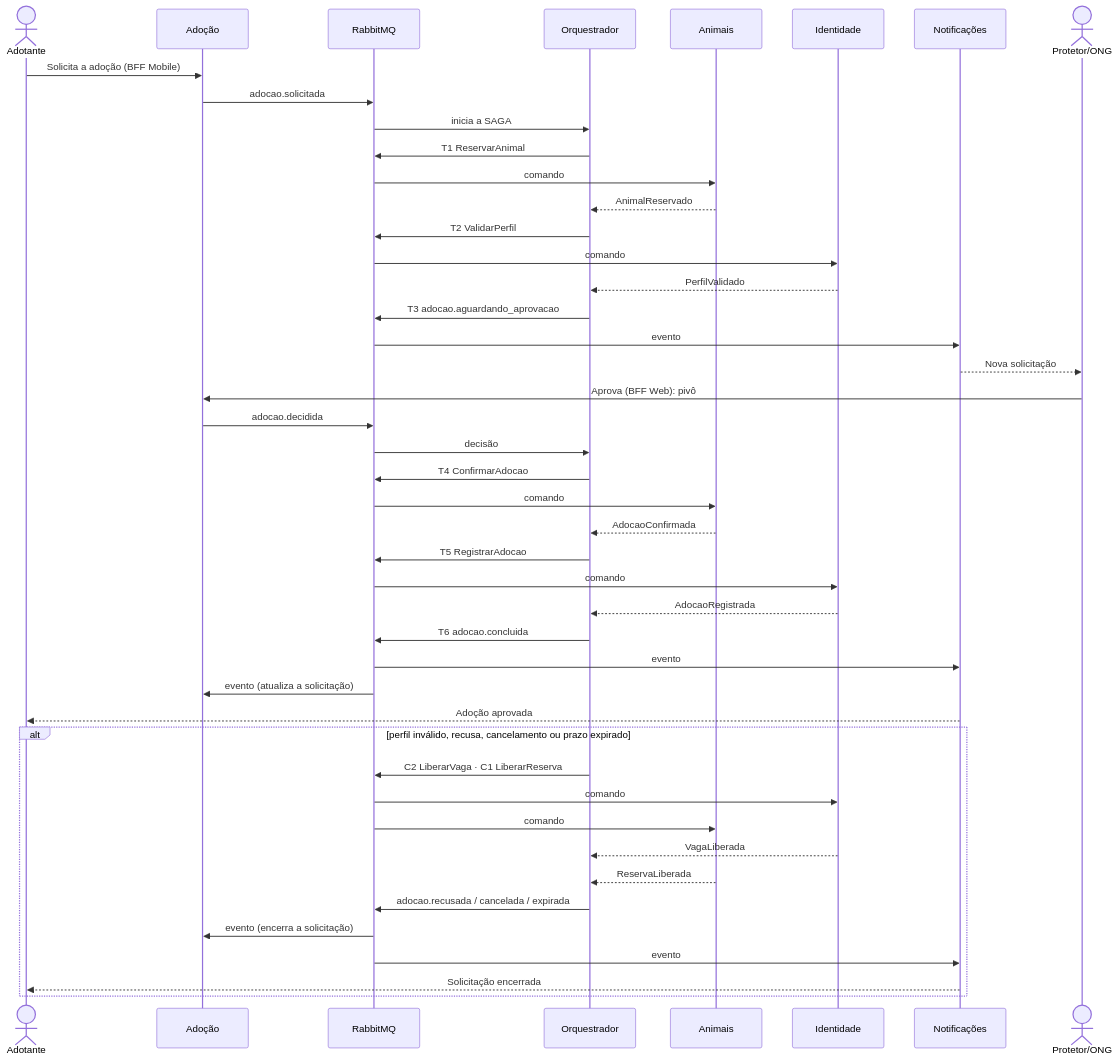
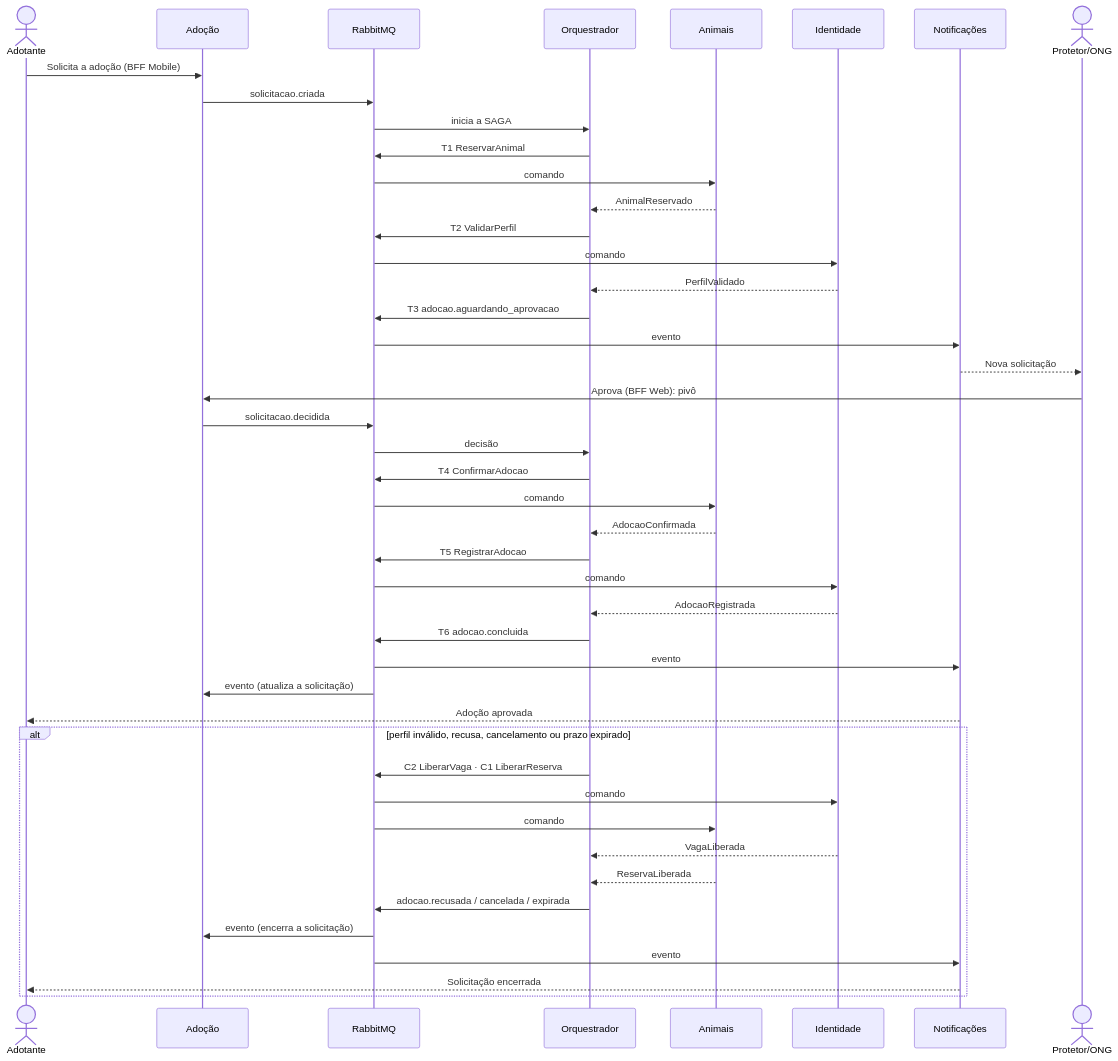
Before and after one commit to gxbreus/ampara: the diagram in README.md, drawn with Mermaid. The commit also changed other lines of this file and 19 other files, not shown here.

````diff
--- a/README.md
+++ b/README.md
@@ -128,49 +128,49 @@
 ```mermaid
 sequenceDiagram
     actor Adotante
     participant AD as Adoção
     participant R as RabbitMQ
     participant O as Orquestrador
     participant AN as Animais
     participant I as Identidade
     participant N as Notificações
     actor ONG as Protetor/ONG
 
     Adotante->>AD: Solicita a adoção (BFF Mobile)
-    AD->>R: adocao.solicitada
+    AD->>R: solicitacao.criada
     R->>O: inicia a SAGA
     O->>R: T1 ReservarAnimal
     R->>AN: comando
     AN-->>O: AnimalReservado
     O->>R: T2 ValidarPerfil
     R->>I: comando
     I-->>O: PerfilValidado
     O->>R: T3 adocao.aguardando_aprovacao
     R->>N: evento
     N-->>ONG: Nova solicitação
     ONG->>AD: Aprova (BFF Web): pivô
-    AD->>R: adocao.decidida
+    AD->>R: solicitacao.decidida
     R->>O: decisão
     O->>R: T4 ConfirmarAdocao
     R->>AN: comando
     AN-->>O: AdocaoConfirmada
     O->>R: T5 RegistrarAdocao
     R->>I: comando
     I-->>O: AdocaoRegistrada
     O->>R: T6 adocao.concluida
     R->>N: evento
     R->>AD: evento (atualiza a solicitação)
     N-->>Adotante: Adoção aprovada
 
     alt perfil inválido, recusa, cancelamento ou prazo expirado
         O->>R: C2 LiberarVaga · C1 LiberarReserva
         R->>I: comando
         R->>AN: comando
         I-->>O: VagaLiberada
         AN-->>O: ReservaLiberada
         O->>R: adocao.recusada / cancelada / expirada
         R->>AD: evento (encerra a solicitação)
         R->>N: evento
         N-->>Adotante: Solicitação encerrada
     end
 ```
````
